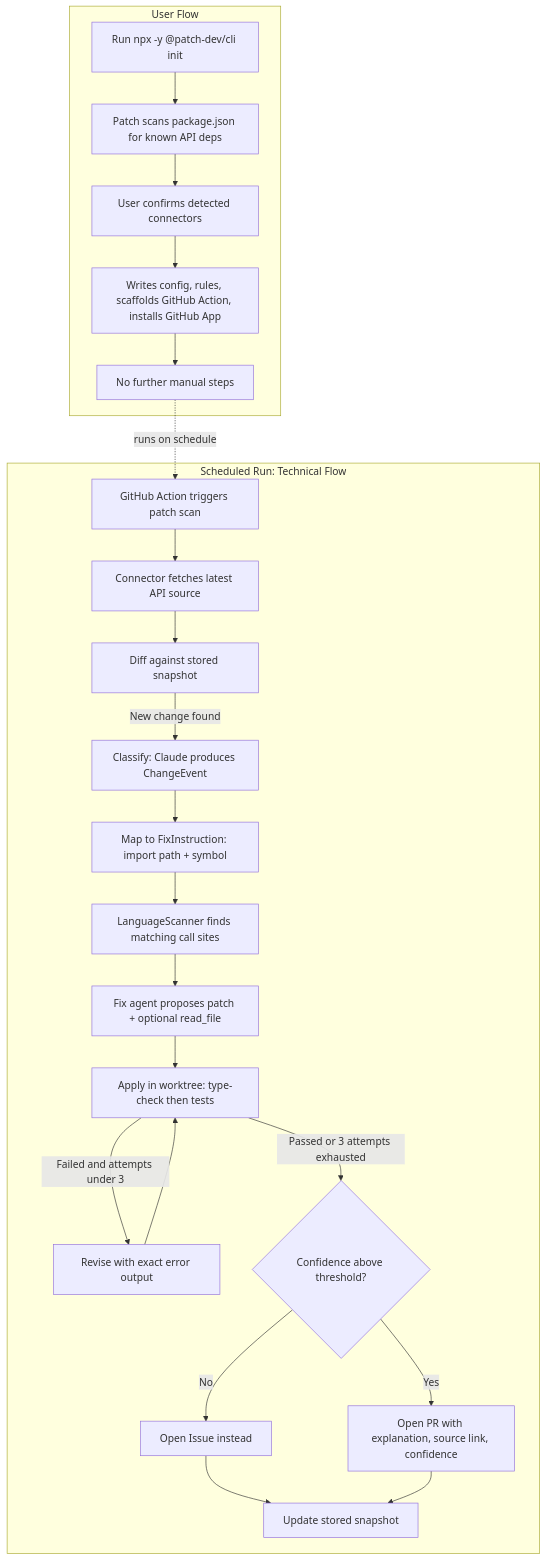
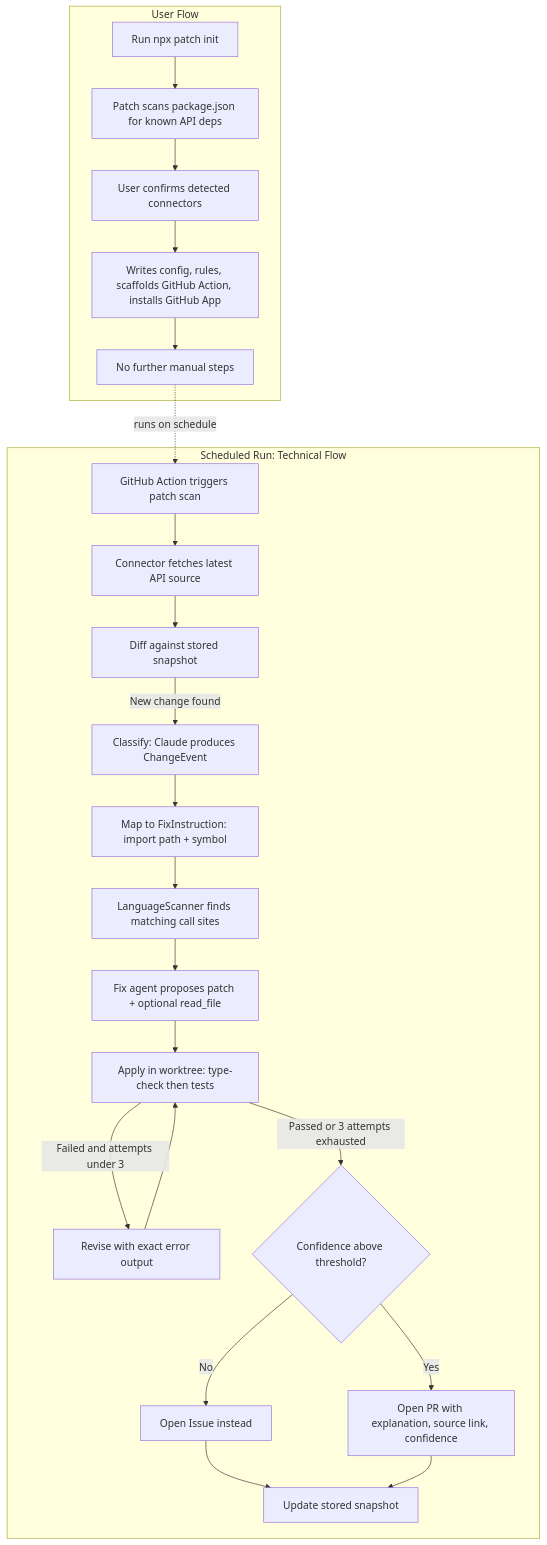
One commit to patchhq/patch changed the diagram in docs/flow.mermaid. Above: the diagram before and after it, drawn with Mermaid. The commit also changed 37 other files, not shown here.

```diff
--- a/docs/flow.mermaid
+++ b/docs/flow.mermaid
@@ -1,26 +1,26 @@
 flowchart TD
     subgraph UF[User Flow]
-        A[Run npx -y @patch-dev/cli init] --> B[Patch scans package.json for known API deps]
+        A[Run npx patch init] --> B[Patch scans package.json for known API deps]
         B --> C[User confirms detected connectors]
         C --> D[Writes config, rules, scaffolds GitHub Action, installs GitHub App]
         D --> E[No further manual steps]
     end
 
     subgraph TF[Scheduled Run: Technical Flow]
         F[GitHub Action triggers patch scan] --> G[Connector fetches latest API source]
         G --> H[Diff against stored snapshot]
         H -->|New change found| I[Classify: Claude produces ChangeEvent]
         I --> J[Map to FixInstruction: import path + symbol]
         J --> K[LanguageScanner finds matching call sites]
         K --> L[Fix agent proposes patch + optional read_file]
         L --> M[Apply in worktree: type-check then tests]
         M -->|Failed and attempts under 3| L2[Revise with exact error output]
         L2 --> M
         M -->|Passed or 3 attempts exhausted| N{Confidence above threshold?}
         N -->|Yes| O[Open PR with explanation, source link, confidence]
         N -->|No| P[Open Issue instead]
         P --> Q[Update stored snapshot]
         O --> Q
     end
 
     E -.runs on schedule.-> F
```
